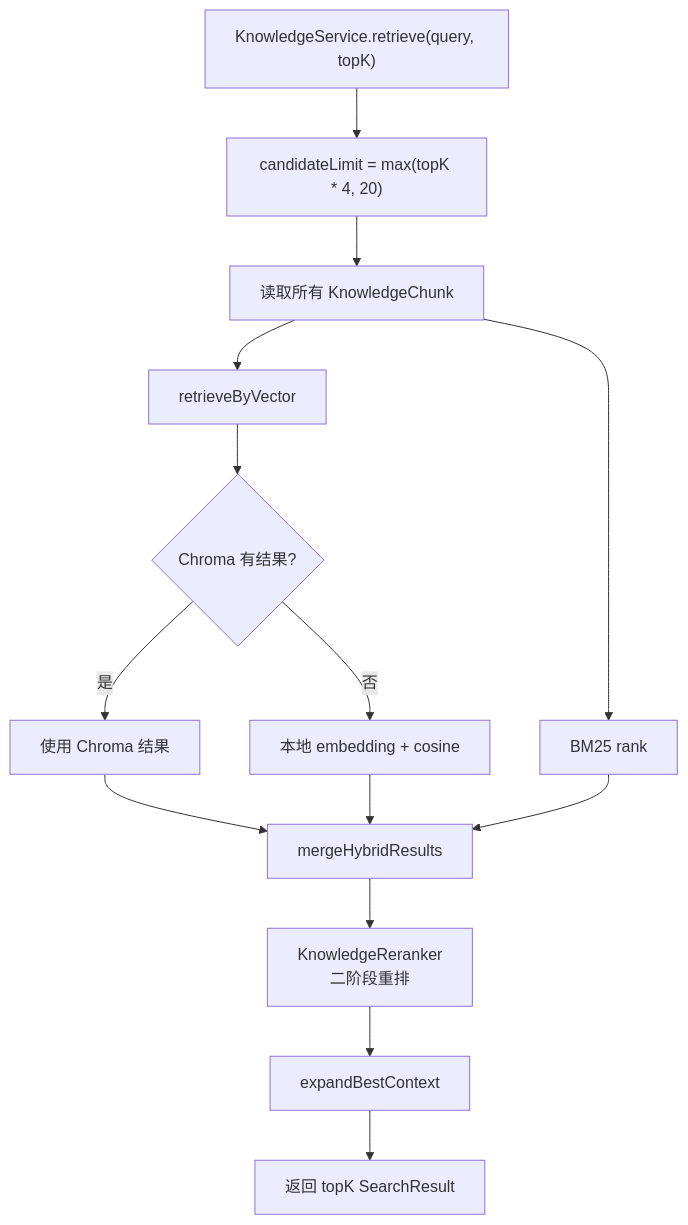
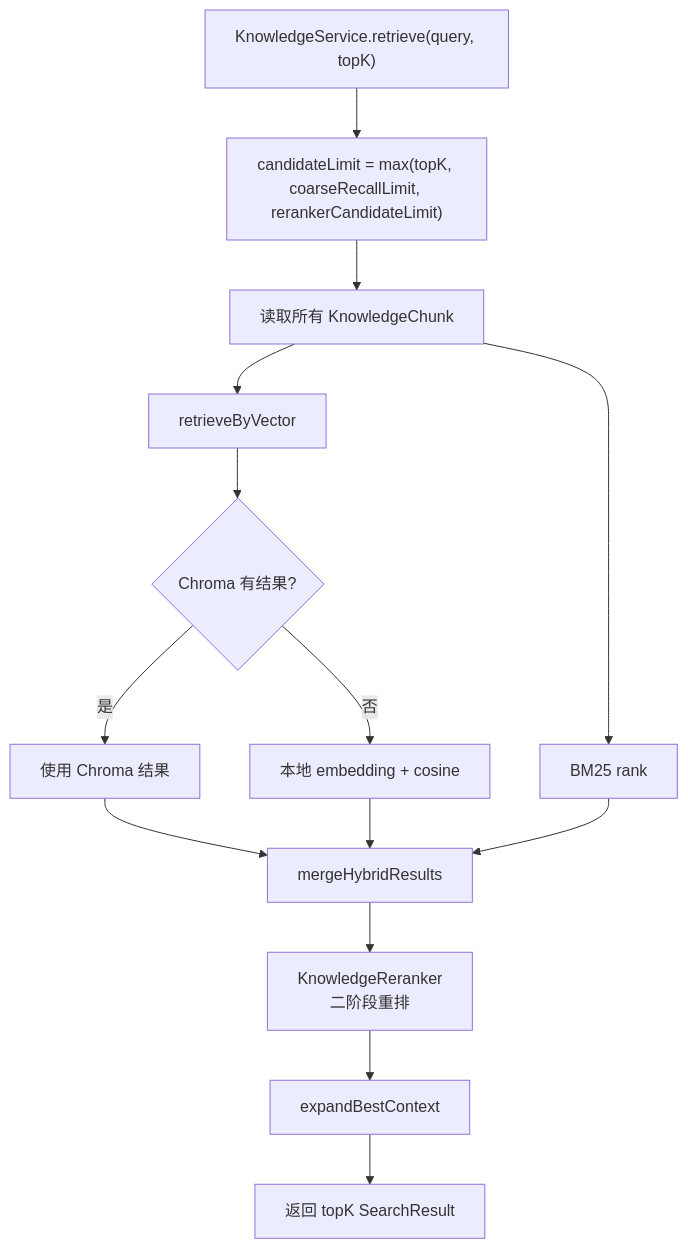
One commit to cccniuniu-hue/Agent changed the second of 2 diagrams in docs/rag-technical-guide.md. Above: the diagram before and after it, drawn with Mermaid. The commit also changed other lines of this file and 7 other files, not shown here.

````diff
--- a/docs/rag-technical-guide.md
+++ b/docs/rag-technical-guide.md
@@ -420,16 +420,16 @@
 ```mermaid
 flowchart TD
-    A["KnowledgeService.retrieve(query, topK)"] --> B["candidateLimit = max(topK * 4, 20)"]
+    A["KnowledgeService.retrieve(query, topK)"] --> B["candidateLimit = max(topK, coarseRecallLimit, rerankerCandidateLimit)"]
     B --> C["读取所有 KnowledgeChunk"]
     C --> D["retrieveByVector"]
     D --> E{"Chroma 有结果?"}
     E -->|是| F["使用 Chroma 结果"]
     E -->|否| G["本地 embedding + cosine"]
     C --> H["BM25 rank"]
     F --> I["mergeHybridResults"]
     G --> I
     H --> I
     I --> J["KnowledgeReranker<br/>二阶段重排"]
     J --> K["expandBestContext"]
     K --> L["返回 topK SearchResult"]
 ```
````
